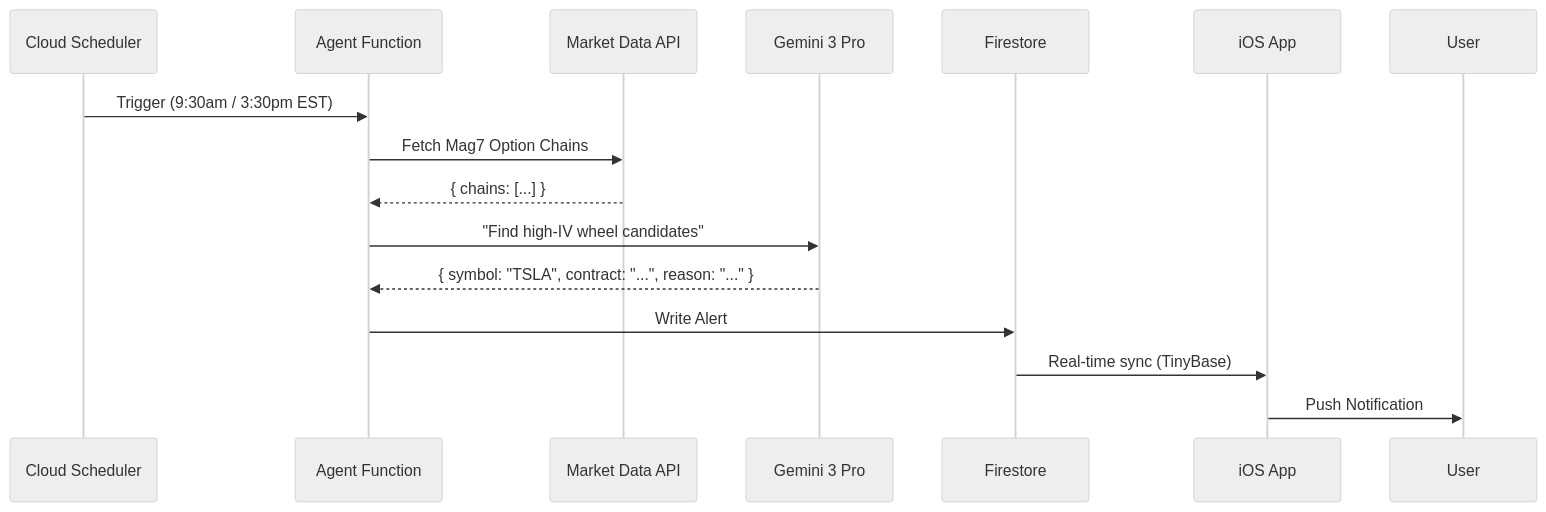
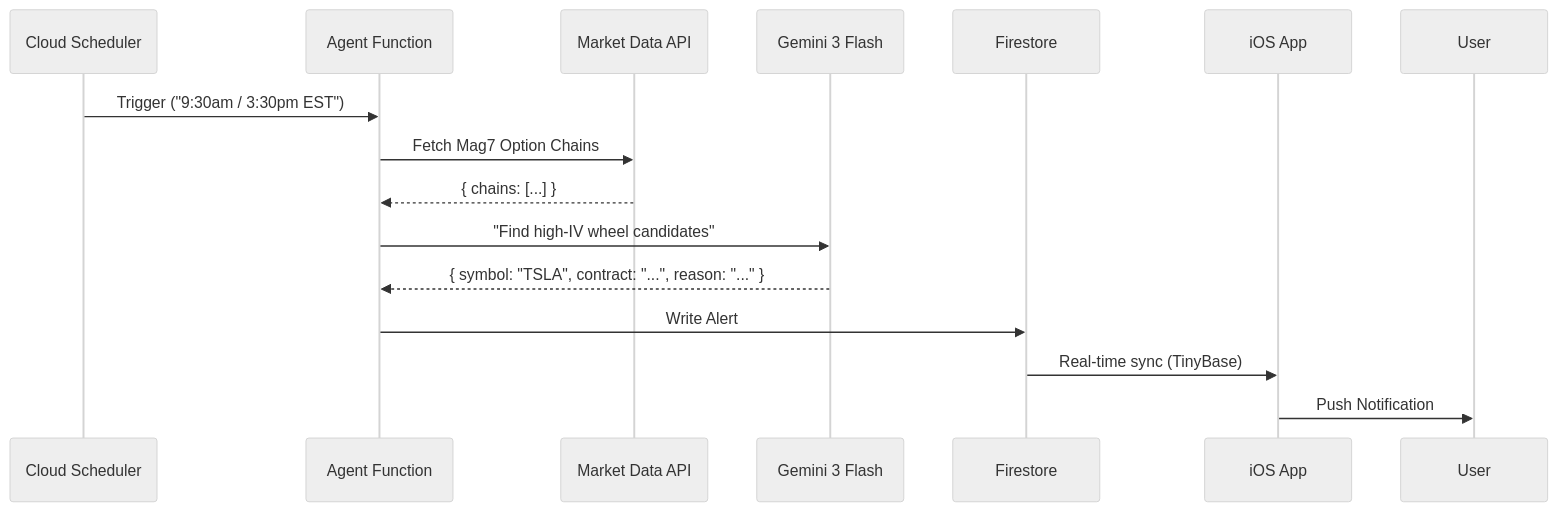
One commit to dart-technologies/wheel-strat changed the fourth of 4 diagrams in docs/ARCHITECTURE.md. Above: the diagram before and after it, drawn with Mermaid (neutral theme). The commit also changed other lines of this file and 486 other files, not shown here.

````diff
--- a/docs/ARCHITECTURE.md
+++ b/docs/ARCHITECTURE.md
@@ -77,18 +115,18 @@
 ```mermaid
 sequenceDiagram
     participant SCH as Cloud Scheduler
     participant Agent as Agent Function
     participant MD as Market Data API
-    participant Gemini as Gemini 3 Pro
+    participant Gemini as Gemini 3 Flash
     participant FS as Firestore
     participant App as iOS App
     
-    SCH->>Agent: Trigger (9:30am / 3:30pm EST)
+    SCH->>Agent: Trigger ("9:30am / 3:30pm EST")
     Agent->>MD: Fetch Mag7 Option Chains
     MD-->>Agent: { chains: [...] }
     Agent->>Gemini: "Find high-IV wheel candidates"
     Gemini-->>Agent: { symbol: "TSLA", contract: "...", reason: "..." }
     Agent->>FS: Write Alert
     FS->>App: Real-time sync (TinyBase)
     App->>User: Push Notification
 ```
````
